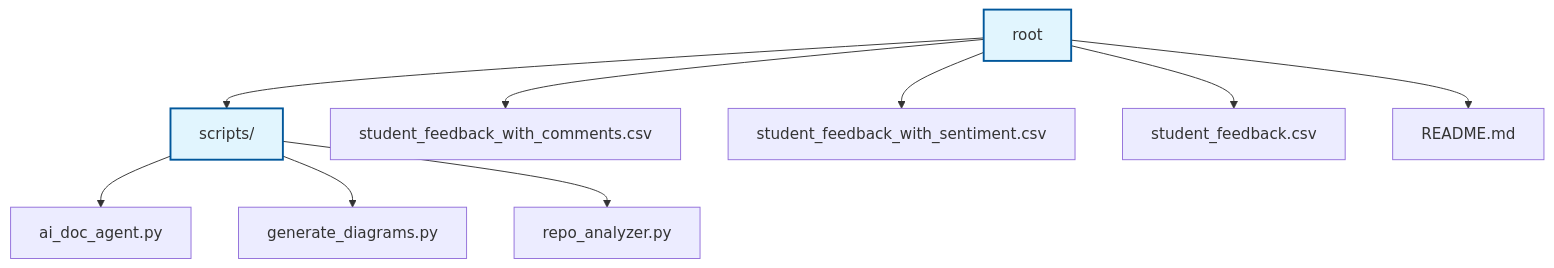
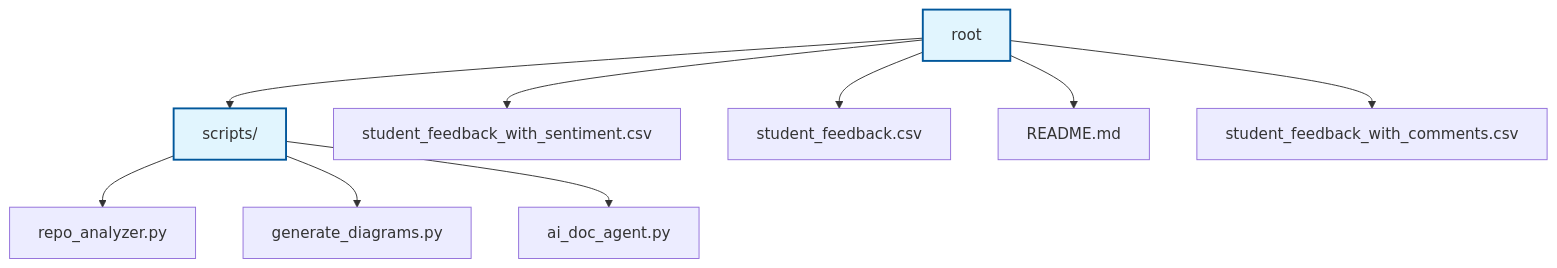
The diagram in README.md (NITISH-R-G/FUTURE_DS_03), drawn with Mermaid before and after one commit.

Commit message:
docs: auto-update repository documentation and diagrams

````diff
--- a/README.md
+++ b/README.md
@@ -47,29 +47,29 @@
 ```mermaid
 graph TD
     node0["root"]:::folder
     node1["scripts/"]:::folder
     node0 --> node1
-    node2["student_feedback_with_comments.csv"]
+    node2["student_feedback_with_sentiment.csv"]
     node0 --> node2
-    node3["student_feedback_with_sentiment.csv"]
+    node3["student_feedback.csv"]
     node0 --> node3
-    node4["student_feedback.csv"]
+    node4["README.md"]
     node0 --> node4
-    node5["README.md"]
+    node5["student_feedback_with_comments.csv"]
     node0 --> node5
-    node6["ai_doc_agent.py"]
+    node6["repo_analyzer.py"]
     node1 --> node6
     node7["generate_diagrams.py"]
     node1 --> node7
-    node8["repo_analyzer.py"]
+    node8["ai_doc_agent.py"]
     node1 --> node8
     classDef folder fill:#e1f5fe,stroke:#01579b,stroke-width:2px;
     click node1 "scripts" "View scripts"
-    click node2 "student_feedback_with_comments.csv" "View student_feedback_with_comments.csv"
-    click node3 "student_feedback_with_sentiment.csv" "View student_feedback_with_sentiment.csv"
-    click node4 "student_feedback.csv" "View student_feedback.csv"
-    click node5 "README.md" "View README.md"
-    click node6 "scripts/ai_doc_agent.py" "View ai_doc_agent.py"
+    click node2 "student_feedback_with_sentiment.csv" "View student_feedback_with_sentiment.csv"
+    click node3 "student_feedback.csv" "View student_feedback.csv"
+    click node4 "README.md" "View README.md"
+    click node5 "student_feedback_with_comments.csv" "View student_feedback_with_comments.csv"
+    click node6 "scripts/repo_analyzer.py" "View repo_analyzer.py"
     click node7 "scripts/generate_diagrams.py" "View generate_diagrams.py"
-    click node8 "scripts/repo_analyzer.py" "View repo_analyzer.py"
+    click node8 "scripts/ai_doc_agent.py" "View ai_doc_agent.py"
 ```
````
